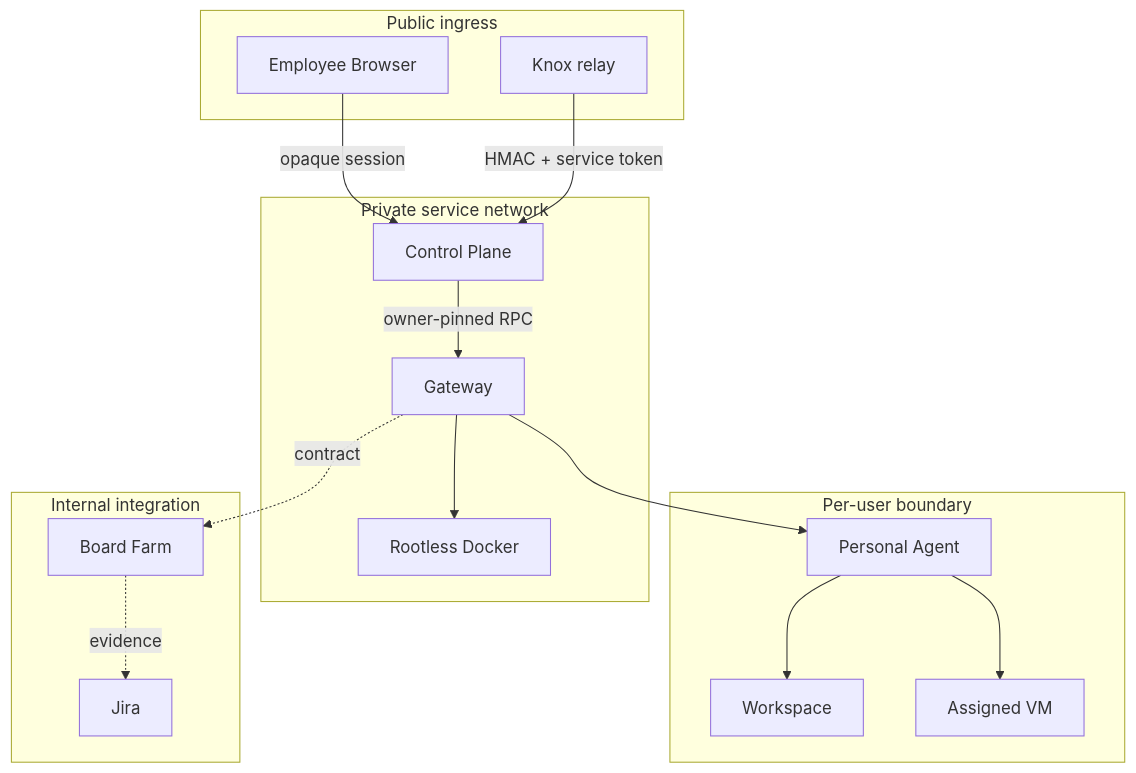
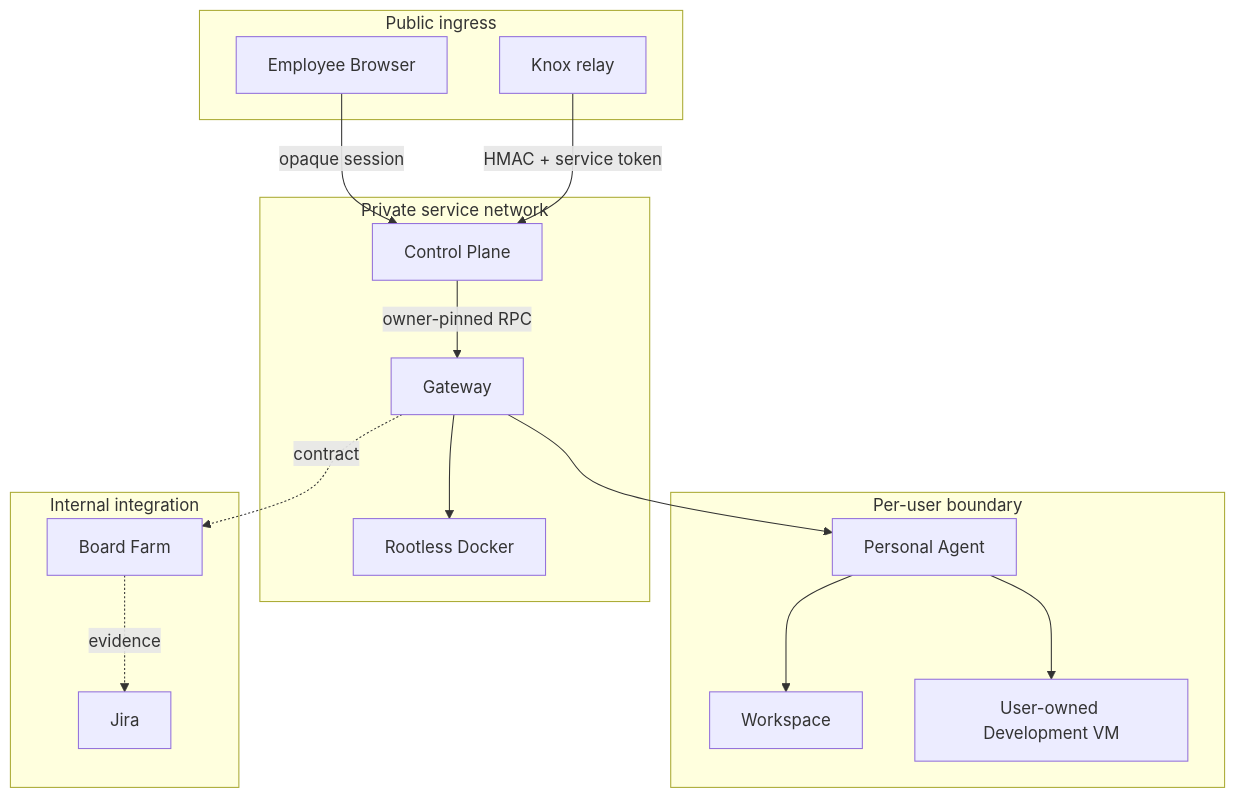
One commit to devSejung/platformclaw changed diagram 15 of 16 in ARCHITECTURE.md. Above: the diagram before and after it, drawn with Mermaid. The commit also changed other lines of this file and 32 other files, not shown here.

````diff
--- a/ARCHITECTURE.md
+++ b/ARCHITECTURE.md
@@ -285,28 +287,28 @@
 ```mermaid
 flowchart TB
   subgraph Public["Public ingress"]
     BR["Employee Browser"]
     KR["Knox relay"]
   end
   subgraph Private["Private service network"]
     CP["Control Plane"]
     GW["Gateway"]
     RD["Rootless Docker"]
   end
   subgraph Personal["Per-user boundary"]
     PA["Personal Agent"]
     PW["Workspace"]
-    VM["Assigned VM"]
+    VM["User-owned Development VM"]
   end
   subgraph Internal["Internal integration"]
     BF["Board Farm"]
     JR["Jira"]
   end
   BR -->|opaque session| CP
   KR -->|HMAC + service token| CP
   CP -->|owner-pinned RPC| GW
   GW --> RD
   GW --> PA --> PW
   PA --> VM
   GW -. contract .-> BF -. evidence .-> JR
 ```
````
